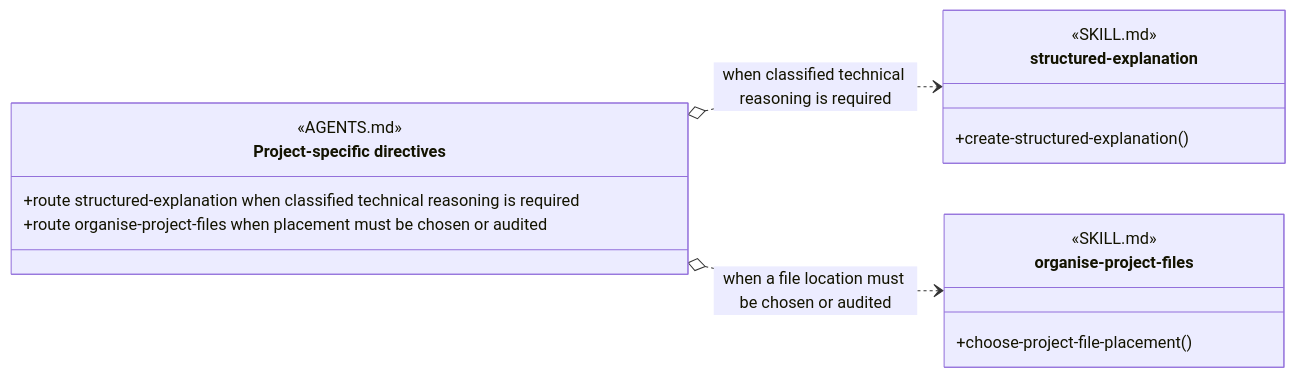
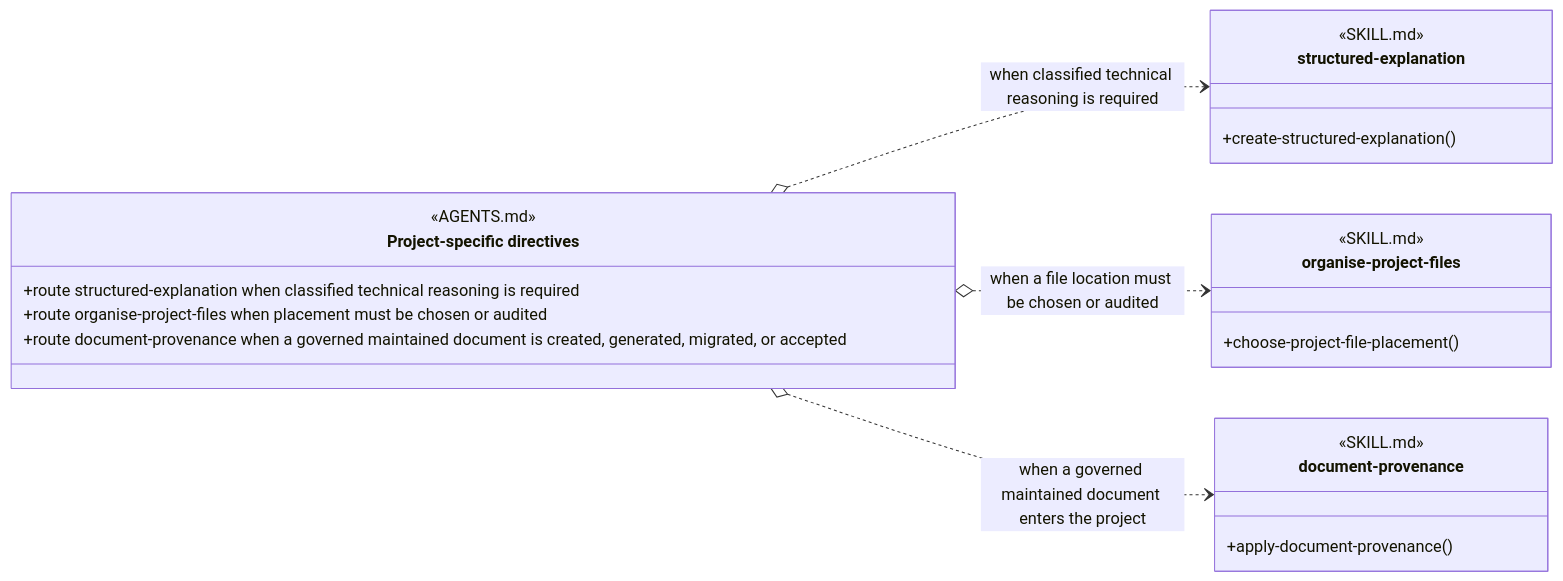
One commit to martinbechard/dev-methodology changed the third of 3 diagrams in design/agents/general-agent-skills.md. Above: the diagram before and after it, drawn with Mermaid. The commit also changed other lines of this file and 45 other files, not shown here.

Commit message:
Add document provenance governance

````diff
--- a/design/agents/general-agent-skills.md
+++ b/design/agents/general-agent-skills.md
@@ -70,22 +73,28 @@
 ```mermaid
 classDiagram
     direction LR
 
     class ProjectSpecificDirectives["Project-specific directives"] {
         <<AGENTS.md>>
         <<routing>>
         +route structured-explanation when classified technical reasoning is required
         +route organise-project-files when placement must be chosen or audited
+        +route document-provenance when a governed maintained document is created, generated, migrated, or accepted
     }
     class structured-explanation {
         <<SKILL.md>>
         +create-structured-explanation()
     }
     class organise-project-files {
         <<SKILL.md>>
         +choose-project-file-placement()
     }
+    class document-provenance {
+        <<SKILL.md>>
+        +apply-document-provenance()
+    }
 
     ProjectSpecificDirectives o..> structured-explanation : when classified technical reasoning is required
     ProjectSpecificDirectives o..> organise-project-files : when a file location must be chosen or audited
+    ProjectSpecificDirectives o..> document-provenance : when a governed maintained document enters the project
 ```
````
